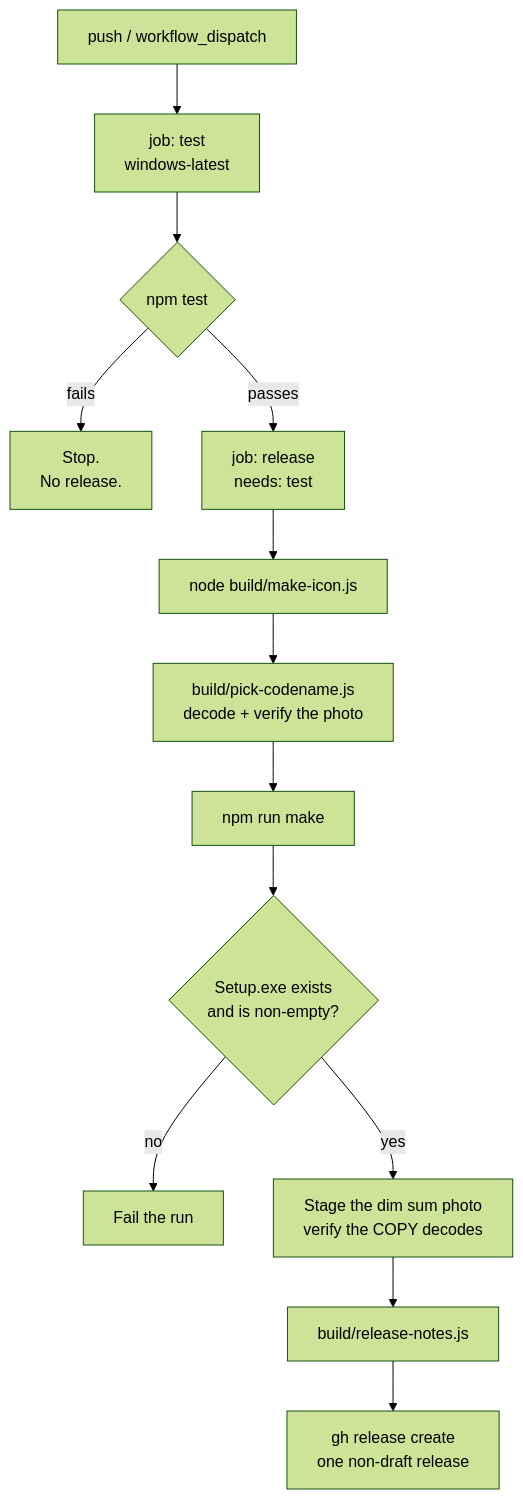
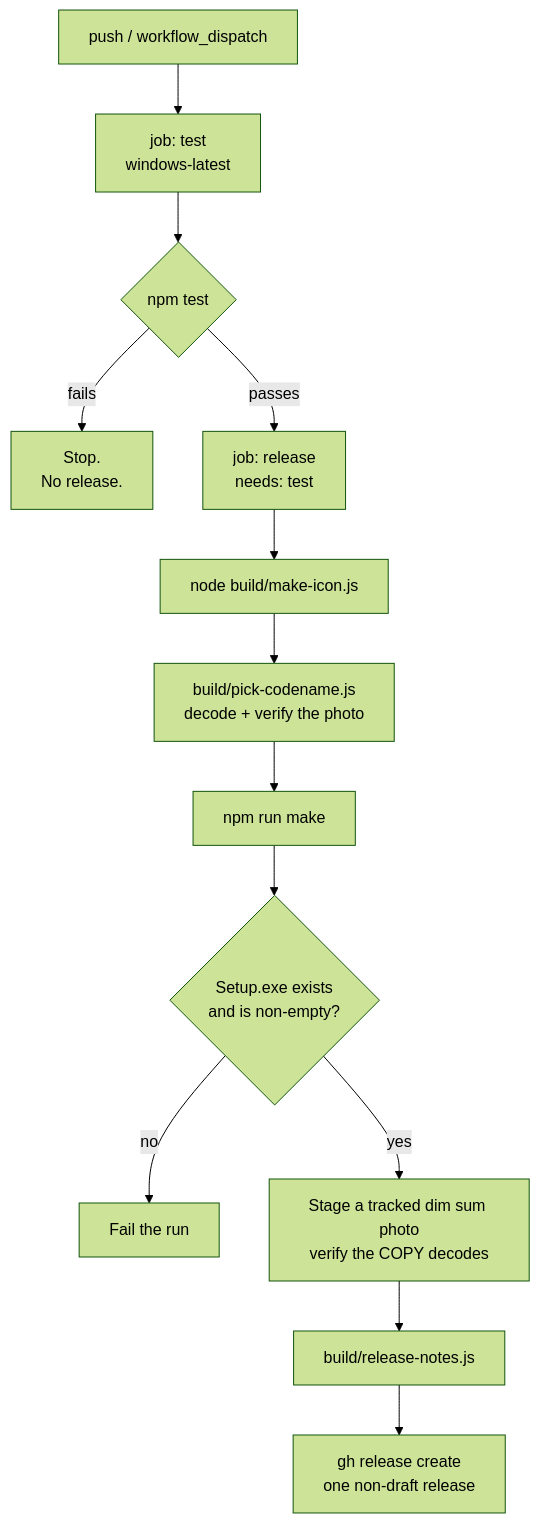
The diagram in docs/packaging-and-updates/ci.md (Ding-Ding-Projects/material-winscp), drawn with Mermaid (forest theme) before and after one commit. The commit also changed other lines of this file and 38 other files, not shown here.

````diff
--- a/docs/packaging-and-updates/ci.md
+++ b/docs/packaging-and-updates/ci.md
@@ -11,15 +11,15 @@
 ```mermaid
 flowchart TD
   A[push / workflow_dispatch] --> B[job: test<br/>windows-latest]
   B --> C{npm test}
   C -- fails --> D[Stop.<br/>No release.]
   C -- passes --> E[job: release<br/>needs: test]
   E --> F[node build/make-icon.js]
   F --> G[build/pick-codename.js<br/>decode + verify the photo]
   G --> H[npm run make]
   H --> I{Setup.exe exists<br/>and is non-empty?}
   I -- no --> J[Fail the run]
-  I -- yes --> K[Stage the dim sum photo<br/>verify the COPY decodes]
+  I -- yes --> K[Stage a tracked dim sum photo<br/>verify the COPY decodes]
   K --> L[build/release-notes.js]
   L --> M[gh release create<br/>one non-draft release]
 ```
````
